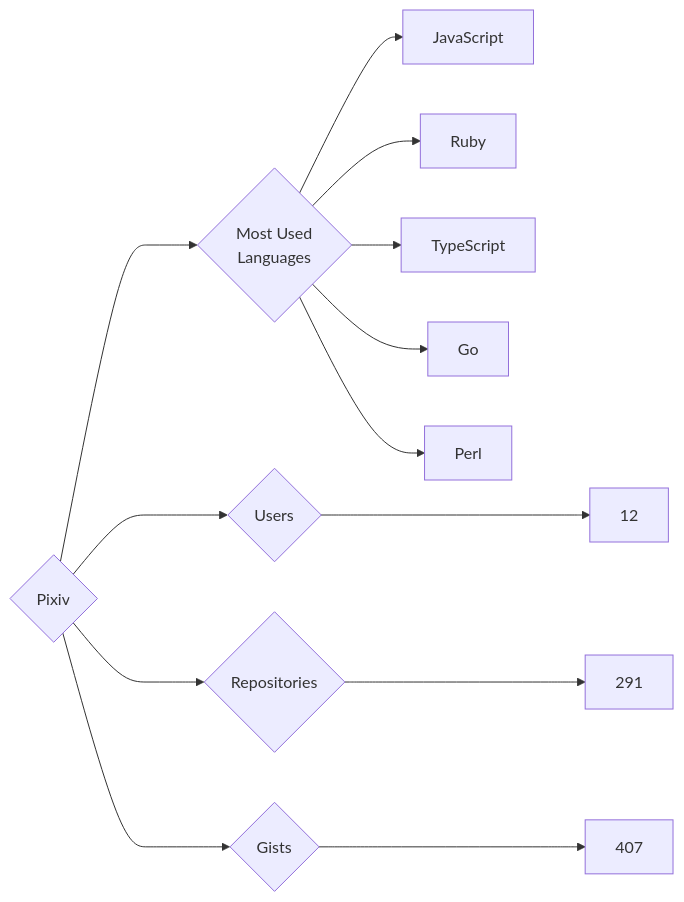
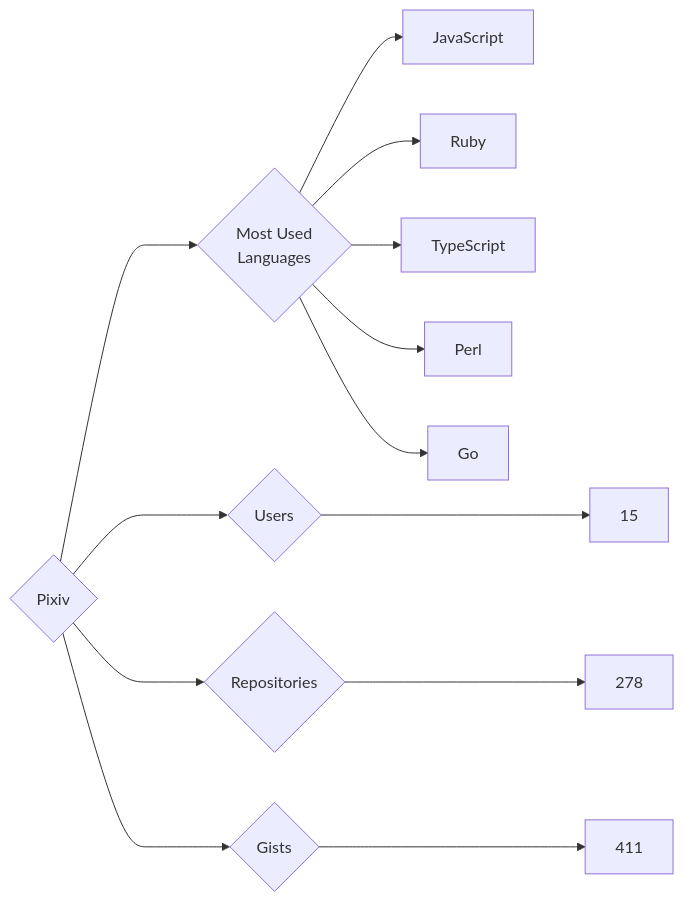
The diagram in targets/Pixiv/README.md (trickest/insiders), drawn with Mermaid before and after one commit. The commit also changed 964 other files, not shown here.

````diff
--- a/targets/Pixiv/README.md
+++ b/targets/Pixiv/README.md
@@ -3,13 +3,13 @@
 ```mermaid
 graph LR
 COMPANY_NAME{Pixiv}
-COMPANY_NAME ---> U{Users} ---> UN[12]
-COMPANY_NAME ---> R{Repositories} ---> RN[291]
-COMPANY_NAME ---> G{Gists} ---> GN[407]
+COMPANY_NAME ---> U{Users} ---> UN[15]
+COMPANY_NAME ---> R{Repositories} ---> RN[278]
+COMPANY_NAME ---> G{Gists} ---> GN[411]
 COMPANY_NAME ---> ML{Most Used<br>Languages}
 ML --> JavaScript[JavaScript]
 ML --> Ruby[Ruby]
 ML --> TypeScript[TypeScript]
+ML --> Perl[Perl]
 ML --> Go[Go]
-ML --> Perl[Perl]
 ```
````
